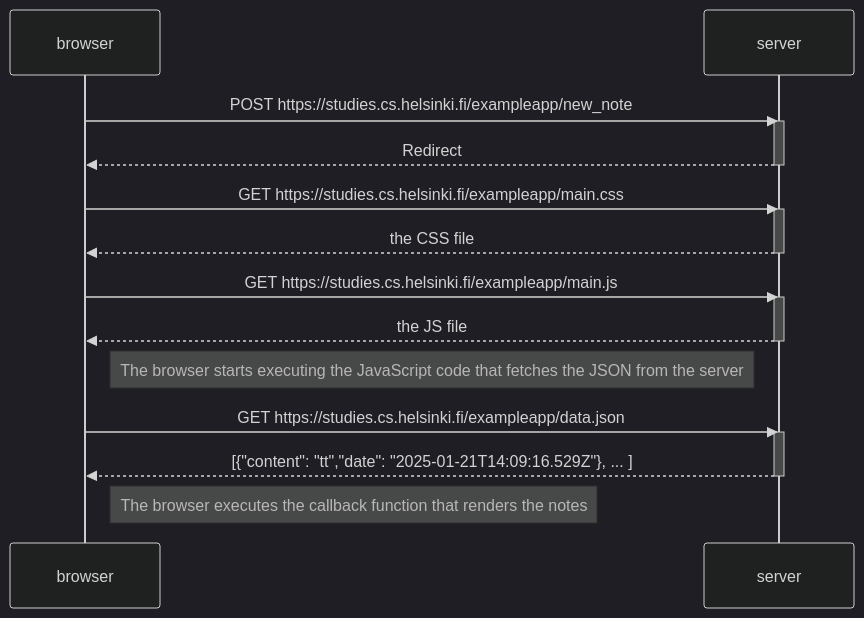
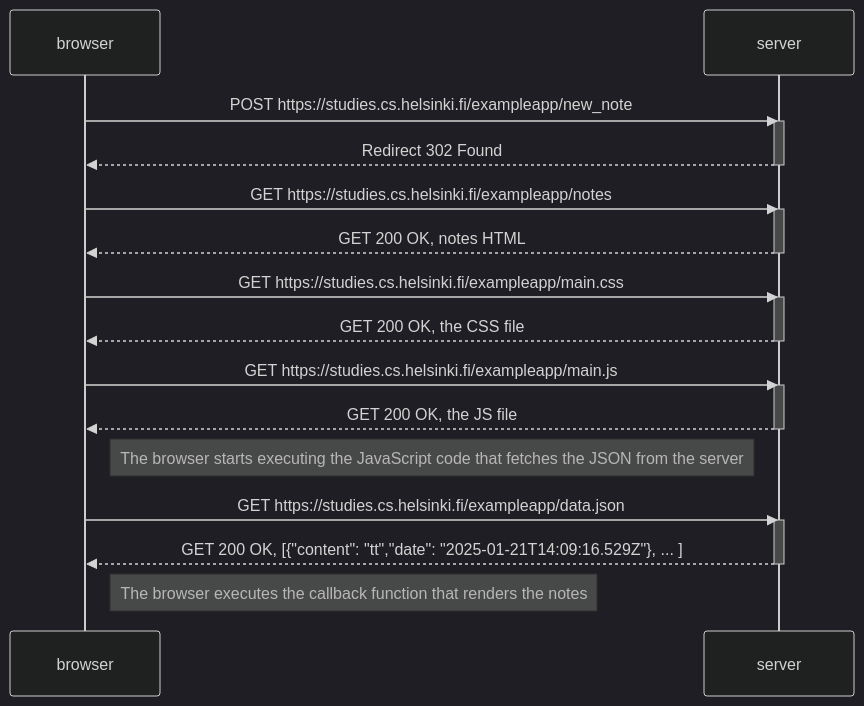
The diagram in part0/04/New_note_diagram.md (AlexSiJKL/Fullstackopen), drawn with Mermaid (dark theme) before and after one commit.

Commit message:
04: New note diagramm - STYLING

````diff
--- a/part0/04/New_note_diagram.md
+++ b/part0/04/New_note_diagram.md
@@ -1,29 +1,34 @@
 ```mermaid
 sequenceDiagram
     participant browser
     participant server
 
     browser->>server: POST https://studies.cs.helsinki.fi/exampleapp/new_note
     activate server
-    server-->>browser: Redirect
+    server-->>browser: Redirect 302 Found
+    deactivate server
+
+    browser->>server: GET https://studies.cs.helsinki.fi/exampleapp/notes
+    activate server
+    server-->>browser: GET 200 OK, notes HTML
     deactivate server
 
     browser->>server: GET https://studies.cs.helsinki.fi/exampleapp/main.css
     activate server
-    server-->>browser: the CSS file
+    server-->>browser: GET 200 OK, the CSS file
     deactivate server
 
     browser->>server: GET https://studies.cs.helsinki.fi/exampleapp/main.js
     activate server
-    server-->>browser: the JS file
+    server-->>browser: GET 200 OK, the JS file
     deactivate server
 
     Note right of browser: The browser starts executing the JavaScript code that fetches the JSON from the server
 
     browser->>server: GET https://studies.cs.helsinki.fi/exampleapp/data.json
     activate server
-    server-->>browser: [{"content": "tt","date": "2025-01-21T14:09:16.529Z"}, ... ]
+    server-->>browser: GET 200 OK, [{"content": "tt","date": "2025-01-21T14:09:16.529Z"}, ... ]
     deactivate server
 
     Note right of browser: The browser executes the callback function that renders the notes
 ```
````
